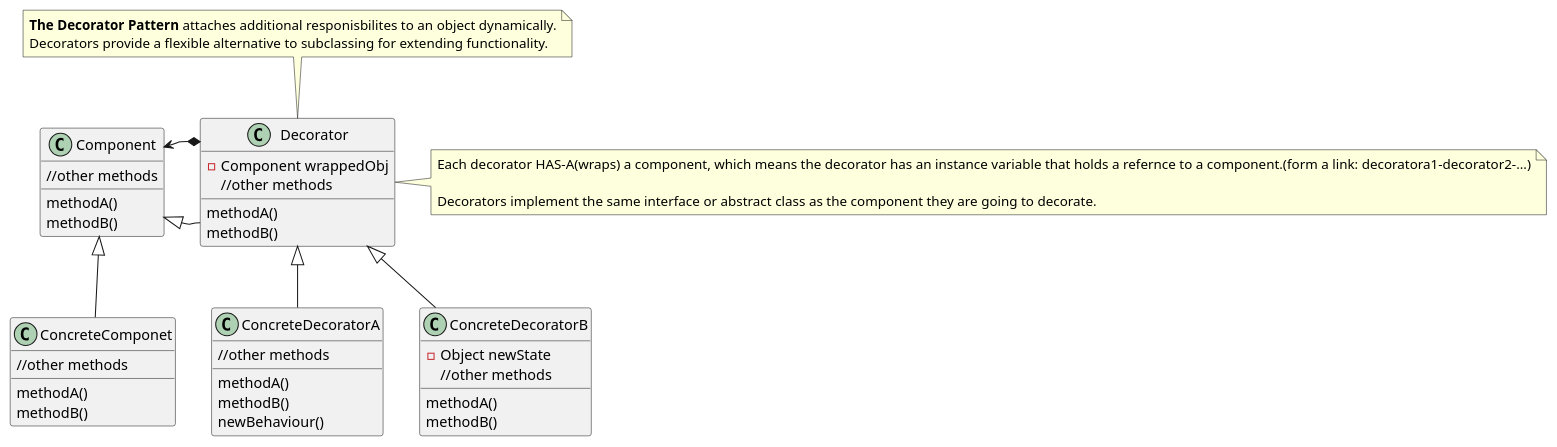
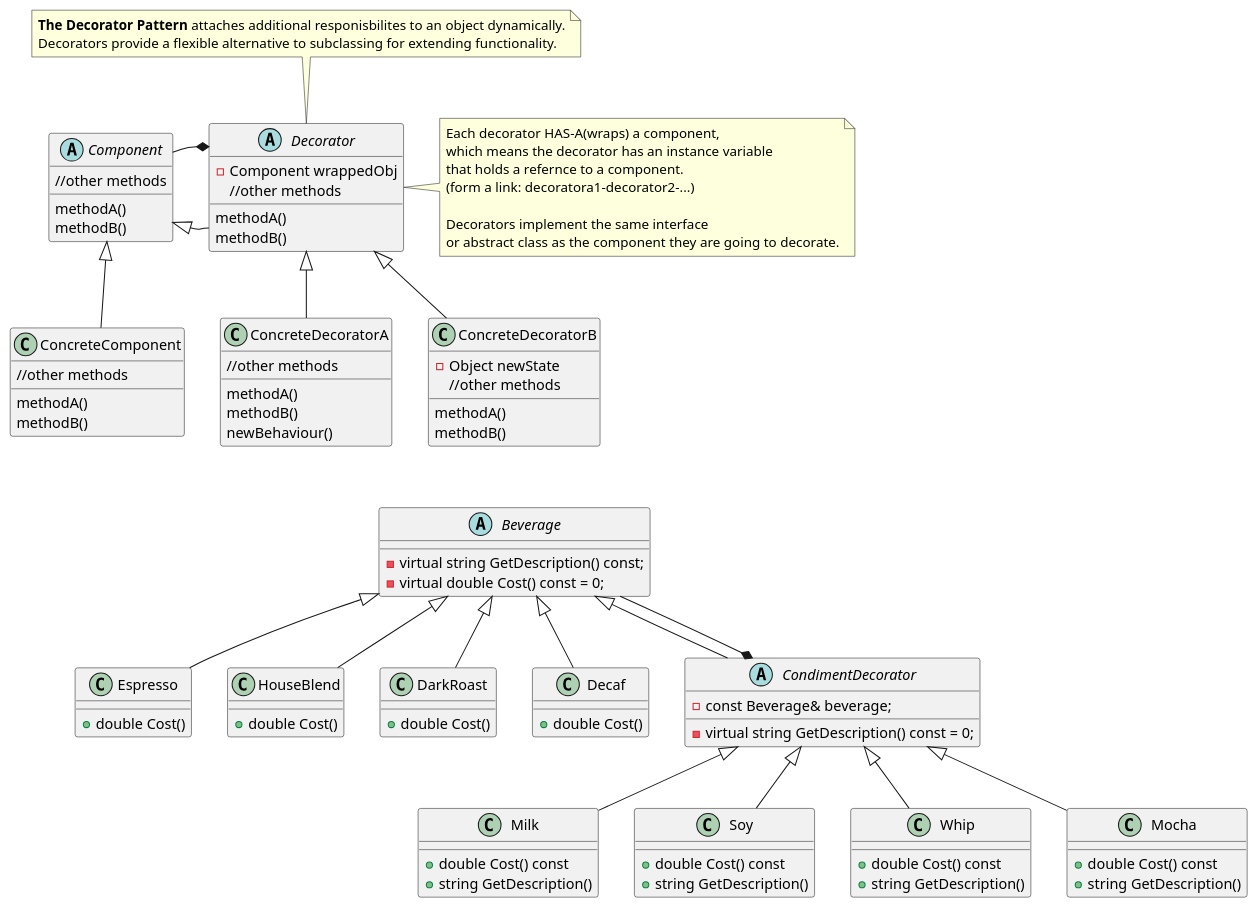
One commit to HanQingZhen-JayHan/DesignPattern changed the diagram in StructalPatterns/Decorator/UML/Decorator.puml.md. Above: the diagram before and after it, drawn with PlantUML. The commit also changed 2 other files, not shown here.

Commit message:
add decorator uml

````diff
--- a/StructalPatterns/Decorator/UML/Decorator.puml.md
+++ b/StructalPatterns/Decorator/UML/Decorator.puml.md
@@ -1,18 +1,18 @@
 ```plantuml
 @startuml
 
-class Component{
+abstract Component{
 methodA()
 methodB()
 //other methods
 }
-class ConcreteComponet extends Component{
+class ConcreteComponent extends Component{
 methodA()
 methodB()
 //other methods
 
 }
-class Decorator extends Component{
+abstract Decorator extends Component{
 -Component wrappedObj
 methodA()
 methodB()
@@ -31,16 +31,60 @@
 methodB()
 //other methods
 }
-Decorator *-l-> Component
+Decorator *-l- Component
 
 note top of Decorator
 <b>The Decorator Pattern</b> attaches additional responisbilites to an object dynamically.
 Decorators provide a flexible alternative to subclassing for extending functionality.
 end note
 note right of Decorator
-Each decorator HAS-A(wraps) a component, which means the decorator has an instance variable that holds a refernce to a component.(form a link: decoratora1-decorator2-...)
+Each decorator HAS-A(wraps) a component, 
+which means the decorator has an instance variable 
+that holds a refernce to a component.
+(form a link: decoratora1-decorator2-...)
 
-Decorators implement the same interface or abstract class as the component they are going to decorate.
+Decorators implement the same interface 
+or abstract class as the component they are going to decorate.
 end note
+
+abstract Beverage{
+-virtual string GetDescription() const;
+-virtual double Cost() const = 0;
+}
+class Espresso extends Beverage{
++double Cost()
+}
+class HouseBlend extends Beverage{
++double Cost()
+}
+class DarkRoast extends Beverage{
++double Cost()
+}
+class Decaf extends Beverage{
++double Cost()
+}
+abstract CondimentDecorator extends Beverage{
+-const Beverage& beverage;
+-virtual string GetDescription() const = 0;
+}
+CondimentDecorator *-- Beverage
+
+class Milk extends CondimentDecorator{
++double Cost() const
++string GetDescription()
+}
+class Soy extends CondimentDecorator{
++double Cost() const
++string GetDescription()
+}
+class Whip extends CondimentDecorator{
++double Cost() const
++string GetDescription()
+}
+class Mocha extends CondimentDecorator{
++double Cost() const
++string GetDescription()
+}
+Beverage -[hidden]u- ConcreteDecoratorB
 @enduml
 ```
````
